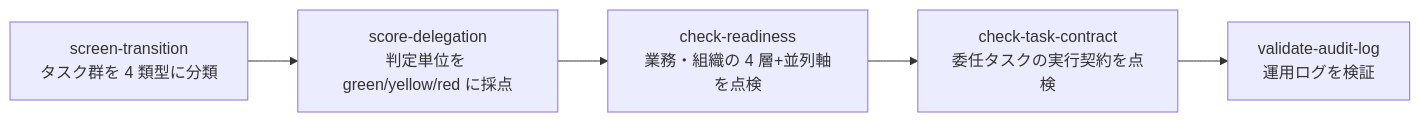
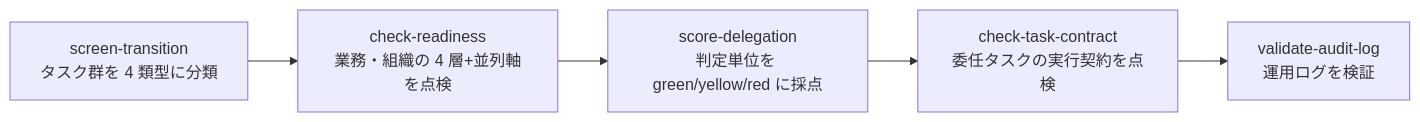
Before and after one commit to suwa-sh/ai-delegation-readiness: the second of 3 diagrams in docs/09_transition_screening.md, drawn with Mermaid. The commit also changed other lines of this file and 4 other files, not shown here.

First line of the commit message:
fix: harden screen-transition input contract (post-implementation review)

````diff
--- a/docs/09_transition_screening.md
+++ b/docs/09_transition_screening.md
@@ -123,7 +123,7 @@
 ```mermaid
 flowchart LR
-    screen["screen-transition<br/>タスク群を 4 類型に分類"] --> score["score-delegation<br/>判定単位を green/yellow/red に採点"]
-    score --> ready["check-readiness<br/>業務・組織の 4 層+並列軸を点検"]
-    ready --> contract["check-task-contract<br/>委任タスクの実行契約を点検"]
+    screen["screen-transition<br/>タスク群を 4 類型に分類"] --> ready["check-readiness<br/>業務・組織の 4 層+並列軸を点検"]
+    ready --> score["score-delegation<br/>判定単位を green/yellow/red に採点"]
+    score --> contract["check-task-contract<br/>委任タスクの実行契約を点検"]
     contract --> audit["validate-audit-log<br/>運用ログを検証"]
 ```
````
